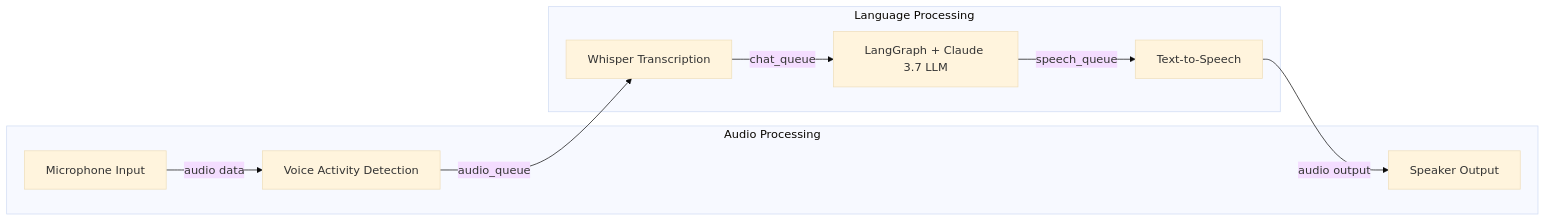
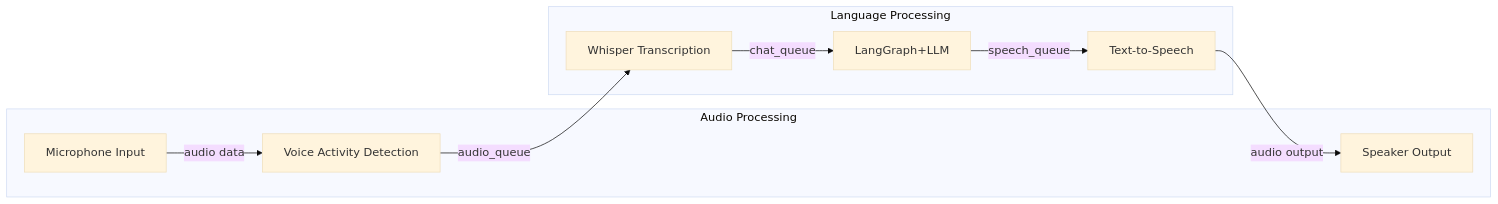
Before and after one commit to fpt/elise_ai: the first of 2 diagrams in README.md, drawn with Mermaid (base theme). The commit also changed other lines of this file, not shown here.

````diff
--- a/README.md
+++ b/README.md
@@ -19,20 +19,20 @@
 ```mermaid
 flowchart LR
     Mic[Microphone Input] -- audio data --> VAD[Voice Activity Detection]
     VAD -- audio_queue --> Transcribe[Whisper Transcription]
-    Transcribe -- chat_queue --> ChatAgent[LangGraph + Claude 3.7 LLM]
+    Transcribe -- chat_queue --> ChatAgent[LangGraph+LLM]
     ChatAgent -- speech_queue --> Voice[Text-to-Speech]
     Voice -- audio output --> Speaker[Speaker Output]
     
     subgraph Audio Processing
         Mic
         VAD
         Speaker
     end
     
     subgraph Language Processing
         Transcribe
         ChatAgent
         Voice
     end
 ```
````
